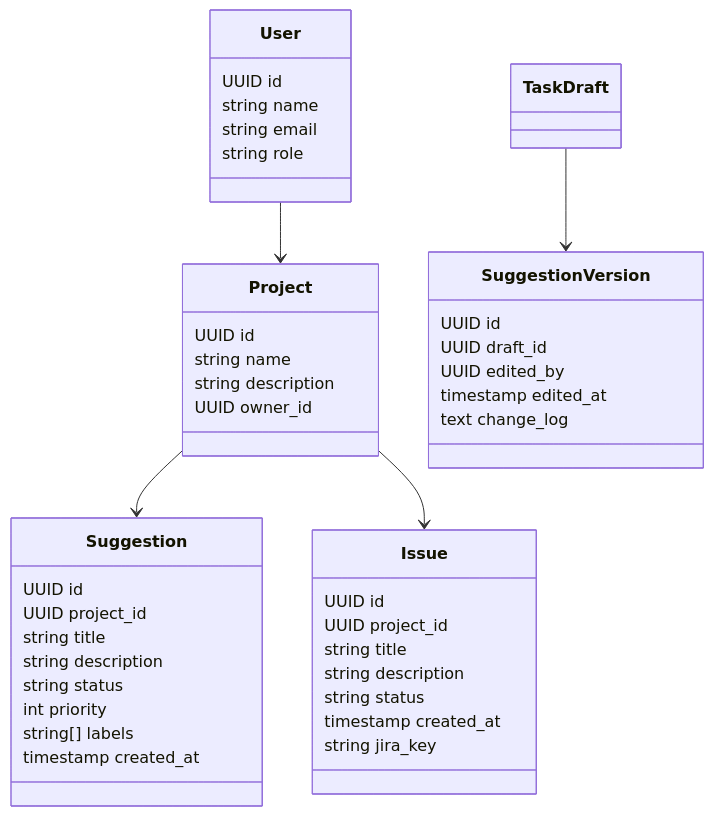
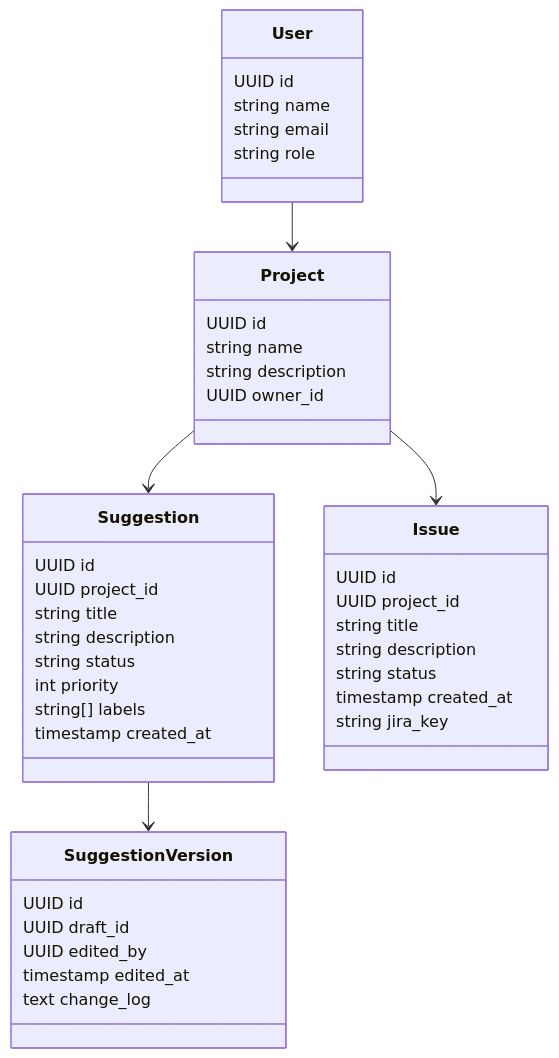
Before and after one commit to yousseam/CS485-P2: the second of 5 diagrams in Create dev-spec-3-ai-jira-issues.md, drawn with Mermaid. The commit also changed other lines of this file, not shown here.

````diff
--- a/Create dev-spec-3-ai-jira-issues.md
+++ b/Create dev-spec-3-ai-jira-issues.md
@@ -55,51 +55,51 @@
 ``` mermaid
 
 classDiagram
     class User {
         UUID id
         string name
         string email
         string role
     }
 
     class Project {
         UUID id
         string name
         string description
         UUID owner_id
     }
 
     class Suggestion {
         UUID id
         UUID project_id
         string title
         string description
         string status
         int priority
         string[] labels
         timestamp created_at
     }
 
     class SuggestionVersion {
         UUID id
         UUID draft_id
         UUID edited_by
         timestamp edited_at
         text change_log
     }
 
     class Issue {
         UUID id
         UUID project_id
         string title
         string description
         string status
         timestamp created_at
         string jira_key
     }
 
     User --> Project
     Project --> Suggestion
-    TaskDraft --> SuggestionVersion
+    Suggestion --> SuggestionVersion
     Project --> Issue
 ```
````
